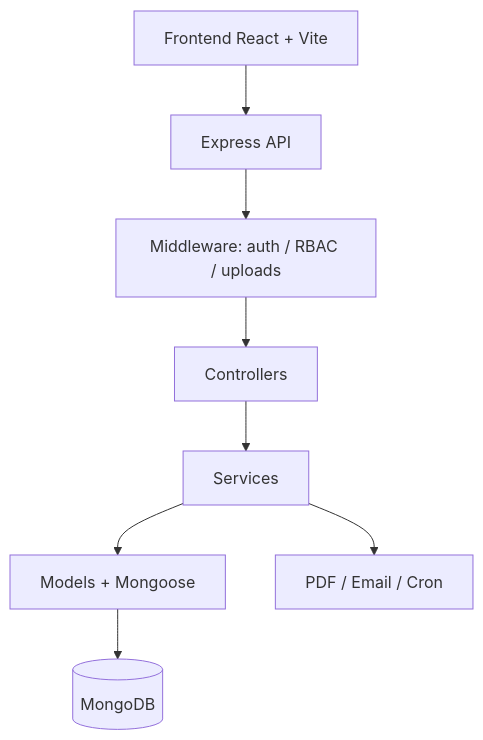
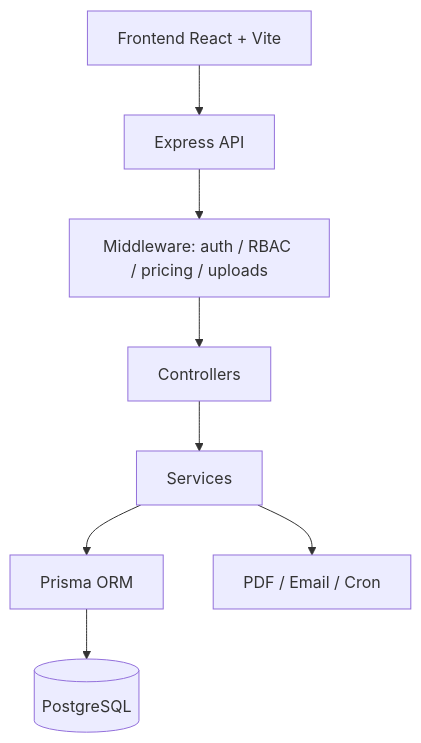
One commit to AleRxJ/Ohnix changed the diagram in README.md. Above: the diagram before and after it, drawn with Mermaid. The commit also changed other lines of this file and 7 other files, not shown here.

````diff
--- a/README.md
+++ b/README.md
@@ -59,10 +61,10 @@
 ```mermaid
 flowchart TD
   A[Frontend React + Vite] --> B[Express API]
-  B --> C[Middleware: auth / RBAC / uploads]
+  B --> C[Middleware: auth / RBAC / pricing / uploads]
   C --> D[Controllers]
   D --> E[Services]
-  E --> F[Models + Mongoose]
-  F --> G[(MongoDB)]
+  E --> F[Prisma ORM]
+  F --> G[(PostgreSQL)]
   E --> H[PDF / Email / Cron]
 ```
````
